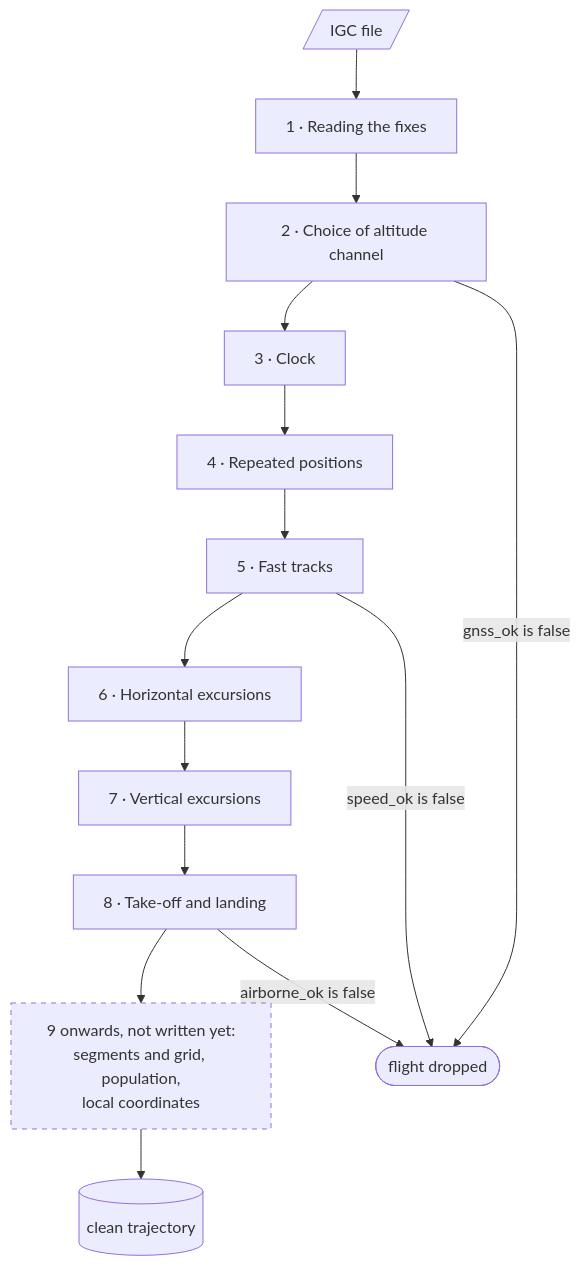
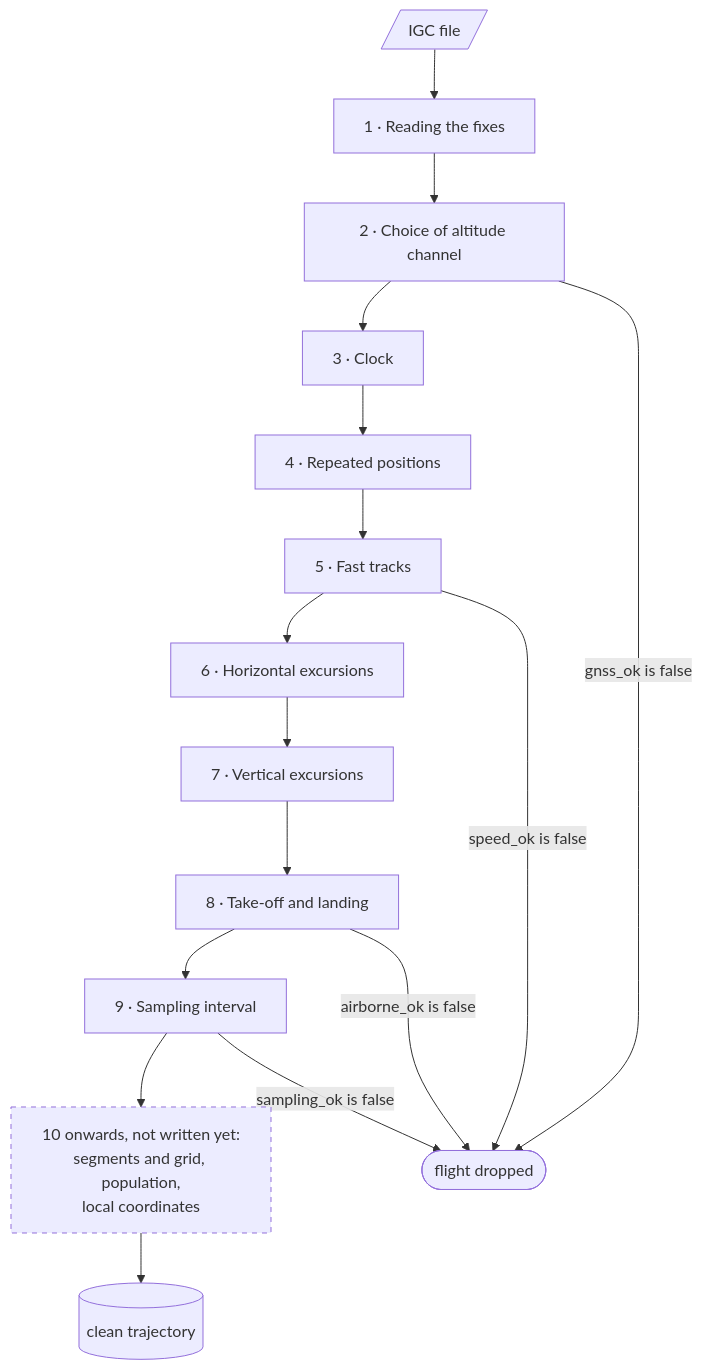
One commit to matteodisante/xc-dynamics changed the diagram in docs/preprocessing.md. Above: the diagram before and after it, drawn with Mermaid. The commit also changed other lines of this file and 1 other file, not shown here.

First line of the commit message:
Document the sampling interval rule in the docs

````diff
--- a/docs/preprocessing.md
+++ b/docs/preprocessing.md
@@ -10,23 +10,25 @@
 ```mermaid
 flowchart TD
     igc[/"IGC file"/]
     read["1 · Reading the fixes"]
     alt["2 · Choice of altitude channel"]
     clock["3 · Clock"]
     rep["4 · Repeated positions"]
     speed["5 · Fast tracks"]
     exc["6 · Horizontal excursions"]
     vert["7 · Vertical excursions"]
     air["8 · Take-off and landing"]
-    todo["9 onwards, not written yet:<br>segments and grid, population,<br>local coordinates"]
+    samp["9 · Sampling interval"]
+    todo["10 onwards, not written yet:<br>segments and grid, population,<br>local coordinates"]
     out[("clean trajectory")]
     drop(["flight dropped"])
 
-    igc --> read --> alt --> clock --> rep --> speed --> exc --> vert --> air --> todo --> out
+    igc --> read --> alt --> clock --> rep --> speed --> exc --> vert --> air --> samp --> todo --> out
     alt -->|"gnss_ok is false"| drop
     speed -->|"speed_ok is false"| drop
     air -->|"airborne_ok is false"| drop
+    samp -->|"sampling_ok is false"| drop
 
     classDef pending stroke-dasharray: 5 5
     class todo pending
 ```
````
